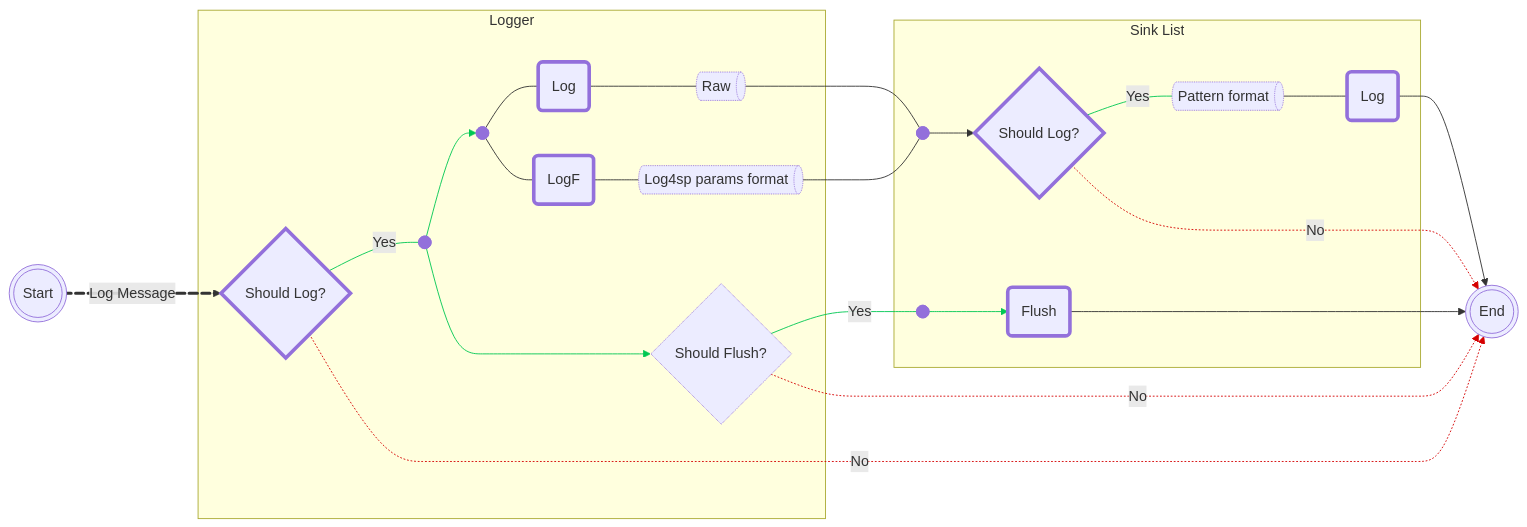
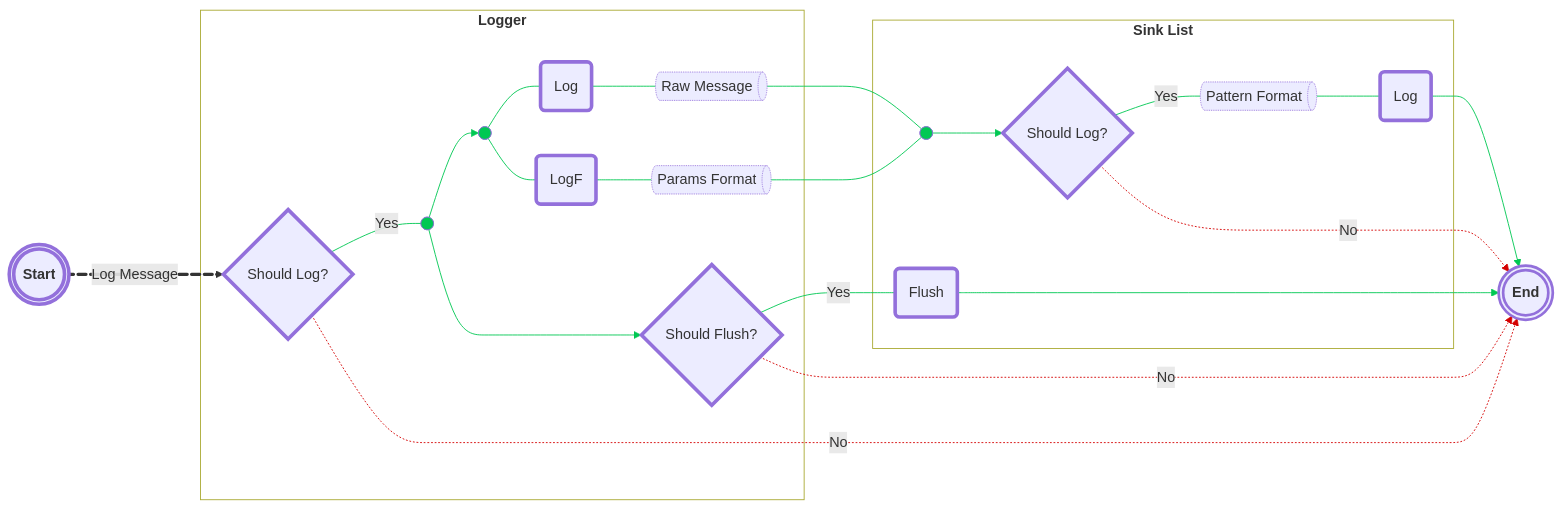
One commit to F1F88/sm-ext-log4sp changed the diagram in readme-chi.md. Above: the diagram before and after it, drawn with Mermaid. The commit also changed other lines of this file and 1 other file, not shown here.

````diff
--- a/readme-chi.md
+++ b/readme-chi.md
@@ -439,66 +432,80 @@
 ```mermaid
 flowchart LR
- subgraph Logger["Logger"]
+ subgraph Sinks["`**Sink List**`"]
+        SinkShouldJunction["Junction"]
+        SinkShouldLog{"Should Log?"}
+        SinkLog("Log")
+        SinkPatternFormat["Pattern Format"]
+        SinkFlush("Flush")
+  end
+ subgraph Logger["`**Logger**`"]
         LoggerShouldLog{"Should Log?"}
         LoggerShouldJunction["Junction"]
         LoggerLogJunction["Junction"]
         LoggerShouldFlush{"Should Flush?"}
         LoggerLog("Log")
+        LoggerLogRaw["Raw Message"]
         LoggerLogF("LogF")
-        LoggerLogFormat["Raw"]
-        LoggerLogFFormat["Log4sp params format"]
+        LoggerLogFFormat["Params Format"]
   end
- subgraph Sinks["Sink List"]
-        SinkShouldJunction["Junction"]
-        SinkShouldLog{"Should Log?"}
-        SinkLog("Log")
-        SinkPatternFormat["Pattern format"]
-        SinkFlushJunction["Junction"]
-        SinkFlush("Flush")
-  end
-    Start((("Start"))) L_Start_LoggerShouldLog_0@== Log Message ==> LoggerShouldLog
+    Start((("`**Start**`"))) L_Start_LoggerShouldLog_0@== Log Message ==> LoggerShouldLog
     LoggerShouldLog -- Yes --- LoggerShouldJunction
     LoggerShouldJunction --> LoggerLogJunction & LoggerShouldFlush
-    LoggerShouldLog -. No .-> Stop((("End")))
+    LoggerShouldLog -. No .-> Stop((("`**End**`")))
     LoggerLogJunction --- LoggerLog & LoggerLogF
-    LoggerLog --- LoggerLogFormat
-    LoggerLogFormat --- SinkShouldJunction
+    LoggerLog --- LoggerLogRaw
+    LoggerLogRaw --- SinkShouldJunction
     LoggerLogF --- LoggerLogFFormat
     LoggerLogFFormat --- SinkShouldJunction
-    LoggerShouldFlush -- Yes --- SinkFlushJunction
-    SinkFlushJunction --> SinkFlush
+    LoggerShouldFlush -- Yes --- SinkFlush
     SinkFlush --> Stop
     LoggerShouldFlush -. No .-> Stop
     SinkShouldJunction --> SinkShouldLog
     SinkShouldLog -- Yes --- SinkPatternFormat
     SinkPatternFormat --- SinkLog
     SinkLog --> Stop
     SinkShouldLog -. No .-> Stop
+
+    L_Start_LoggerShouldLog_0@{ animation: fast }
     LoggerShouldJunction@{ shape: junction}
     LoggerLogJunction@{ shape: junction}
-    LoggerLogFormat@{ shape: das}
+    LoggerLogRaw@{ shape: das}
     LoggerLogFFormat@{ shape: das}
     SinkShouldJunction@{ shape: junction}
     SinkPatternFormat@{ shape: das}
-    SinkFlushJunction@{ shape: junction}
+    style Start stroke-width:4px,stroke-dasharray: 0,font-size:16px
+    style Logger fill:transparent
     style LoggerShouldLog stroke-width:4px,stroke-dasharray: 0
-    style LoggerShouldFlush stroke-width:1px,stroke-dasharray: 1
+    style LoggerShouldJunction fill:#00C853
+    style LoggerLogJunction fill:#00C853
     style LoggerLog stroke-width:4px,stroke-dasharray: 0
+    style LoggerLogRaw stroke-width:1px,stroke-dasharray:1
     style LoggerLogF stroke-width:4px,stroke-dasharray: 0
-    style LoggerLogFormat stroke-width:1px,stroke-dasharray: 1
-    style LoggerLogFFormat stroke-width:1px,stroke-dasharray: 1
+    style LoggerLogFFormat stroke-width:1px,stroke-dasharray:1
+    style LoggerShouldFlush stroke-width:4px,stroke-dasharray: 0
+    style Sinks fill:transparent
+    style SinkShouldJunction fill:#00C853
     style SinkShouldLog stroke-width:4px,stroke-dasharray: 0
+    style SinkPatternFormat stroke-width:1px,stroke-dasharray:1
     style SinkLog stroke-width:4px,stroke-dasharray: 0
-    style SinkPatternFormat stroke-width:1px,stroke-dasharray: 1
     style SinkFlush stroke-width:4px,stroke-dasharray: 0
+    style Stop stroke-width:3px,stroke-dasharray: 0
     linkStyle 1 stroke:#00C853,fill:none
     linkStyle 2 stroke:#00C853,fill:none
     linkStyle 3 stroke:#00C853,fill:none
     linkStyle 4 stroke:#D50000,fill:none
+    linkStyle 5 stroke:#00C853,fill:none
+    linkStyle 6 stroke:#00C853,fill:none
+    linkStyle 7 stroke:#00C853,fill:none
+    linkStyle 8 stroke:#00C853,fill:none
+    linkStyle 9 stroke:#00C853,fill:none
+    linkStyle 10 stroke:#00C853,fill:none
     linkStyle 11 stroke:#00C853,fill:none
     linkStyle 12 stroke:#00C853,fill:none
-    linkStyle 14 stroke:#D50000,fill:none
+    linkStyle 13 stroke:#D50000,fill:none
+    linkStyle 14 stroke:#00C853,fill:none
+    linkStyle 15 stroke:#00C853,fill:none
     linkStyle 16 stroke:#00C853,fill:none
-    linkStyle 19 stroke:#D50000,fill:none
-    L_Start_LoggerShouldLog_0@{ animation: fast }
+    linkStyle 17 stroke:#00C853,fill:none
+    linkStyle 18 stroke:#D50000,fill:none
 ```
````
